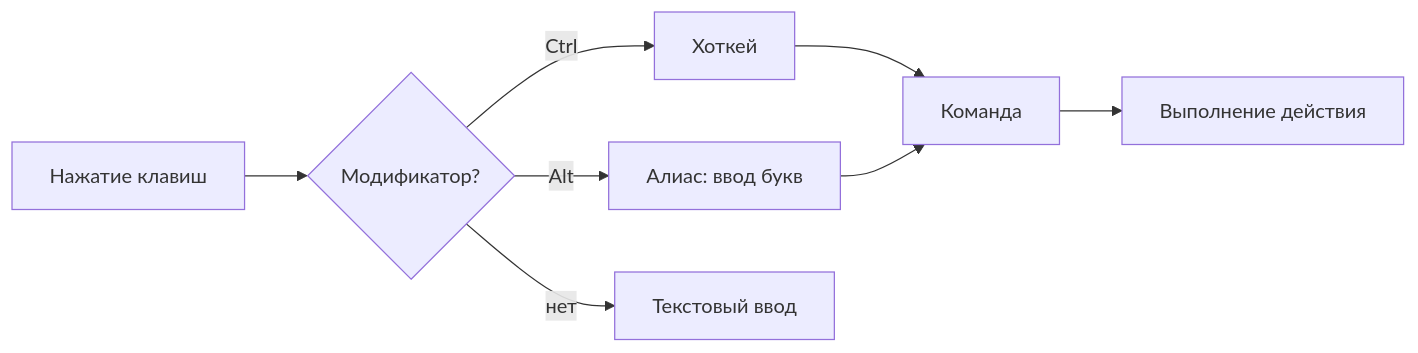
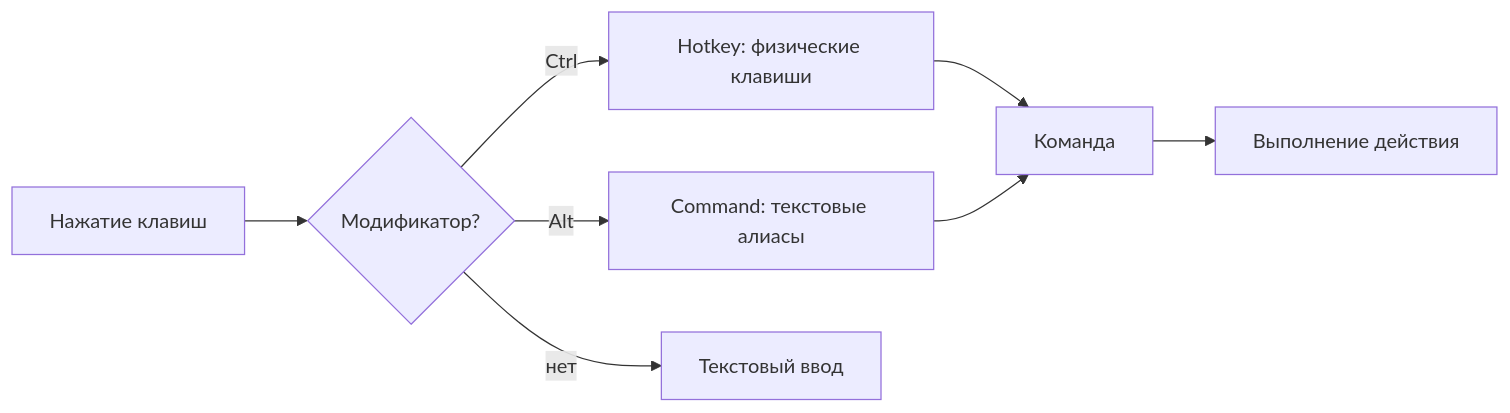
The first of 2 diagrams in docs/Ru/command-system.md (Chasper-1/Claxis), drawn with Mermaid before and after one commit. The commit also changed other lines of this file and 4 other files, not shown here.

````diff
--- a/docs/Ru/command-system.md
+++ b/docs/Ru/command-system.md
@@ -32,8 +33,8 @@
 ```mermaid
 flowchart LR
     K[Нажатие клавиш] --> H{Модификатор?}
-    H -- Ctrl --> HK[Хоткей] --> C[Команда]
-    H -- Alt --> A[Алиас: ввод букв] --> C
+    H -- Ctrl --> HK[Hotkey: физические клавиши] --> C[Команда]
+    H -- Alt --> A[Command: текстовые алиасы] --> C
     H -- нет --> T[Текстовый ввод]
     C --> E[Выполнение действия]
 ```
````
